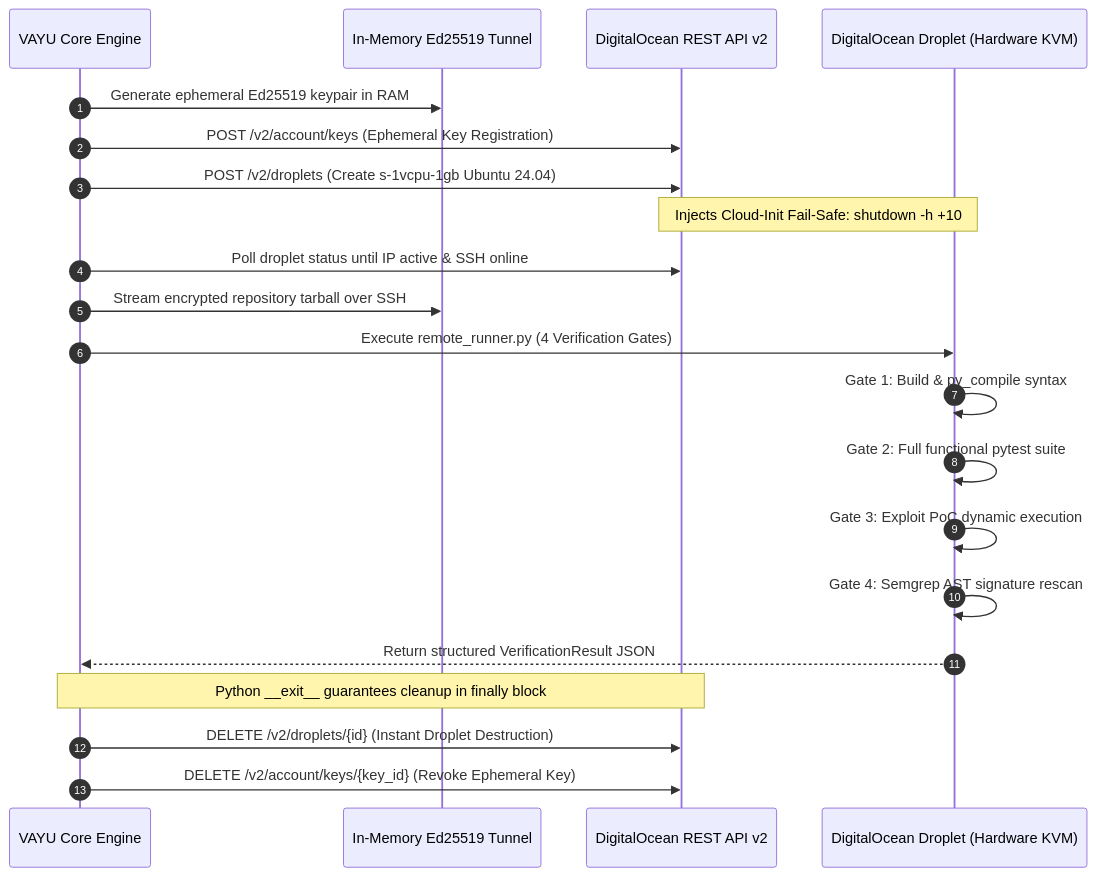
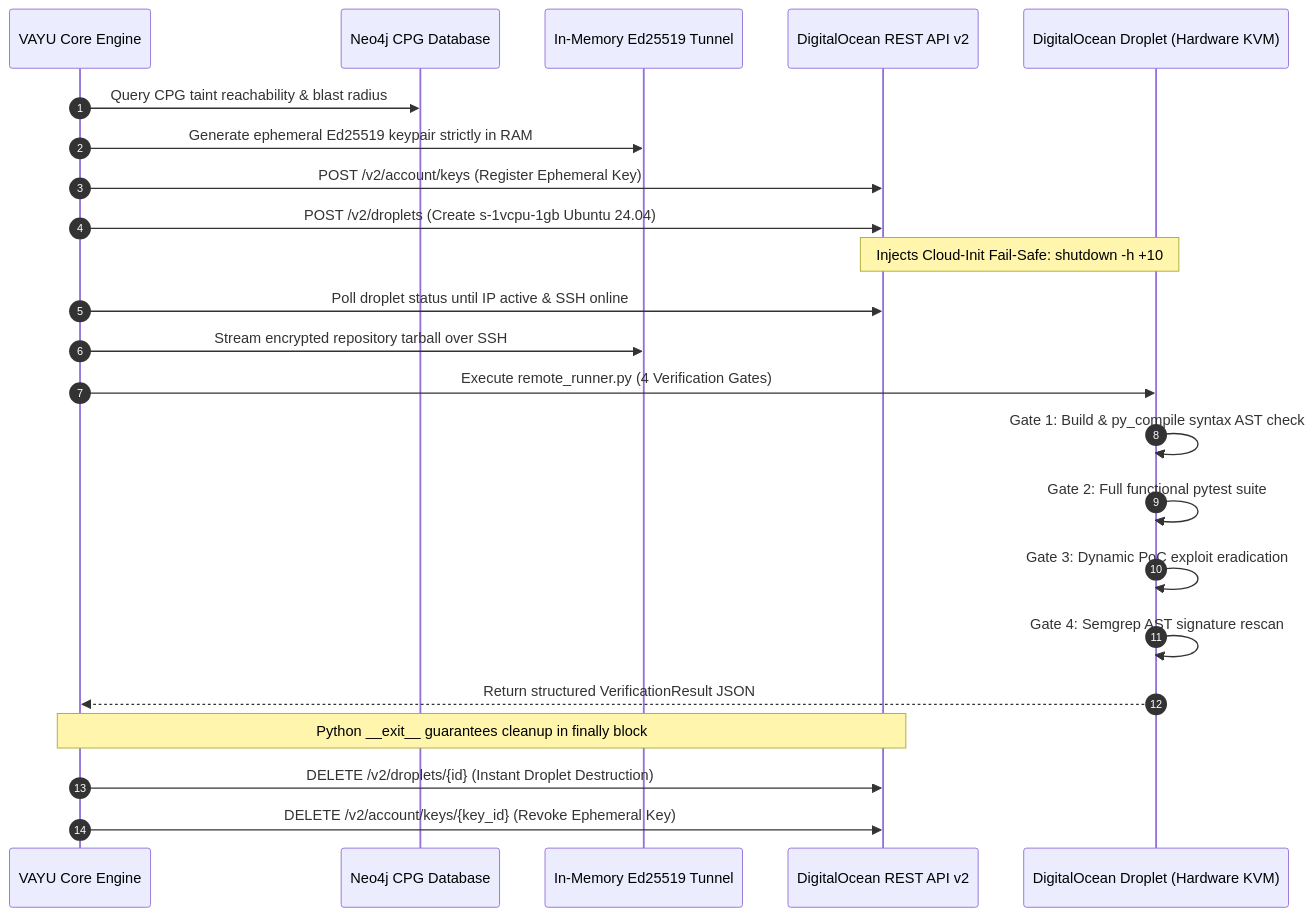
One commit to ayushkumar2601/vayucs changed the diagram in README.md. Above: the diagram before and after it, drawn with Mermaid. The commit also changed other lines of this file and 2 other files, not shown here.

Commit message:
docs: hackathon-winning README with real-world cyber incidents & Neo4j CPG architecture

````diff
--- a/README.md
+++ b/README.md
@@ -73,24 +170,26 @@
 ```mermaid
 sequenceDiagram
     autonumber
     participant VAYU as VAYU Core Engine
+    participant Neo4j as Neo4j CPG Database
     participant Tunnel as In-Memory Ed25519 Tunnel
     participant DO_API as DigitalOcean REST API v2
     participant Droplet as DigitalOcean Droplet (Hardware KVM)
 
-    VAYU->>Tunnel: Generate ephemeral Ed25519 keypair in RAM
-    VAYU->>DO_API: POST /v2/account/keys (Ephemeral Key Registration)
+    VAYU->>Neo4j: Query CPG taint reachability & blast radius
+    VAYU->>Tunnel: Generate ephemeral Ed25519 keypair strictly in RAM
+    VAYU->>DO_API: POST /v2/account/keys (Register Ephemeral Key)
     VAYU->>DO_API: POST /v2/droplets (Create s-1vcpu-1gb Ubuntu 24.04)
     Note over DO_API,Droplet: Injects Cloud-Init Fail-Safe: shutdown -h +10
     VAYU->>DO_API: Poll droplet status until IP active & SSH online
     VAYU->>Tunnel: Stream encrypted repository tarball over SSH
     VAYU->>Droplet: Execute remote_runner.py (4 Verification Gates)
-    Droplet->>Droplet: Gate 1: Build & py_compile syntax
+    Droplet->>Droplet: Gate 1: Build & py_compile syntax AST check
     Droplet->>Droplet: Gate 2: Full functional pytest suite
-    Droplet->>Droplet: Gate 3: Exploit PoC dynamic execution
+    Droplet->>Droplet: Gate 3: Dynamic PoC exploit eradication
     Droplet->>Droplet: Gate 4: Semgrep AST signature rescan
     Droplet-->>VAYU: Return structured VerificationResult JSON
     Note over VAYU,DO_API: Python __exit__ guarantees cleanup in finally block
     VAYU->>DO_API: DELETE /v2/droplets/{id} (Instant Droplet Destruction)
     VAYU->>DO_API: DELETE /v2/account/keys/{key_id} (Revoke Ephemeral Key)
 ```
````
